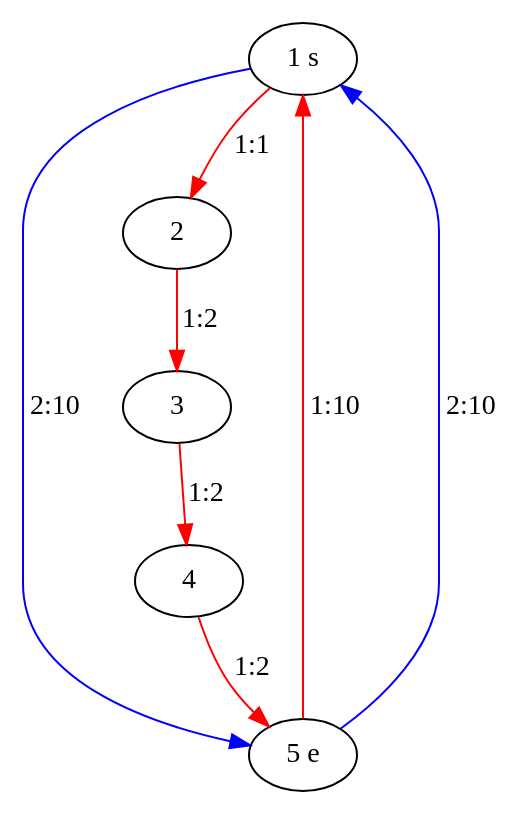
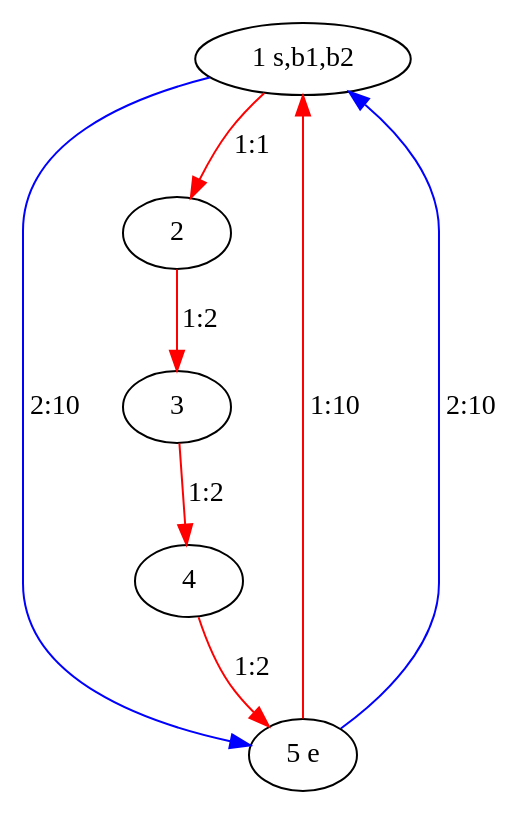
The diagram in instances/instance-8.gv (iagorrr/PDDL-joao-and-the-bus-domain), drawn with Graphviz before and after one commit. The commit also changed 21 other files, not shown here.

```diff
--- a/instances/instance-8.gv
+++ b/instances/instance-8.gv
@@ -1,14 +1,14 @@
 digraph "instance-8" {
-	1 [label="1 s"]
+	1 [label="1 s,b1,b2"]
 	5 [label="5 e"]
 	2 [label=2]
 	1 -> 2 [label="1:1" color=red weight=1]
 	3 [label=3]
 	2 -> 3 [label="1:2" color=red weight=2]
 	4 [label=4]
 	3 -> 4 [label="1:2" color=red weight=2]
 	4 -> 5 [label="1:2" color=red weight=2]
 	5 -> 1 [label="1:10" color=red weight=10]
 	1 -> 5 [label="2:10" color=blue weight=10]
 	5 -> 1 [label="2:10" color=blue weight=10]
 }
```
